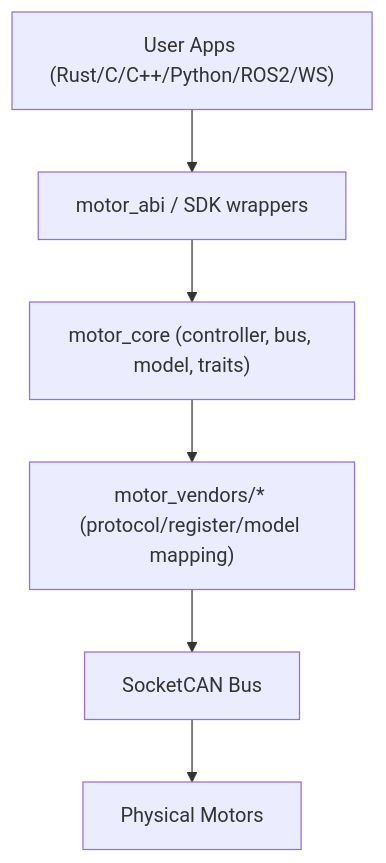
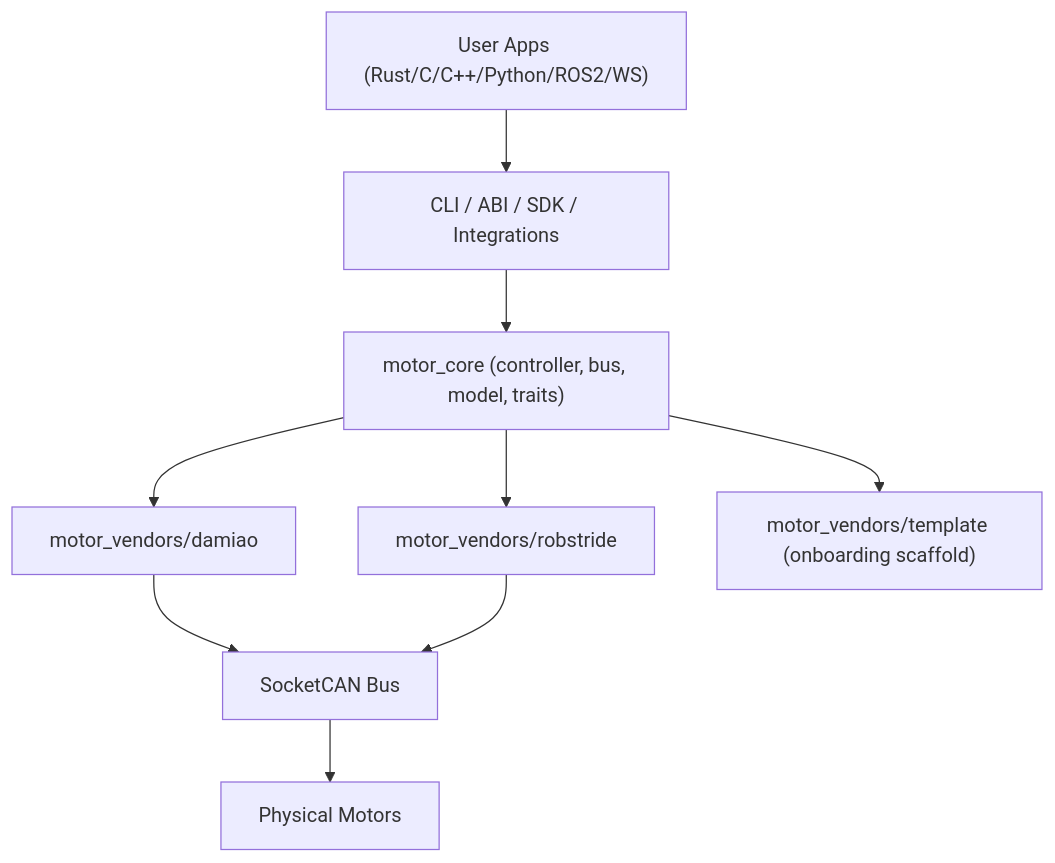
One commit to tianrking/motorbridge changed the first of 2 diagrams in docs/en/architecture.md. Above: the diagram before and after it, drawn with Mermaid. The commit also changed other lines of this file and 8 other files, not shown here.

Commit message:
docs: restore and sync architecture diagrams, scan guide, and CAN restart docs

````diff
--- a/docs/en/architecture.md
+++ b/docs/en/architecture.md
@@ -5,8 +5,11 @@
 ```mermaid
 flowchart TB
-  APP["User Apps (Rust/C/C++/Python/ROS2/WS)"] --> ABI["motor_abi / SDK wrappers"]
-  ABI --> CORE["motor_core (controller, bus, model, traits)"]
-  CORE --> VENDOR["motor_vendors/* (protocol/register/model mapping)"]
-  VENDOR --> CAN["SocketCAN Bus"]
+  APP["User Apps (Rust/C/C++/Python/ROS2/WS)"] --> SURFACE["CLI / ABI / SDK / Integrations"]
+  SURFACE --> CORE["motor_core (controller, bus, model, traits)"]
+  CORE --> DAMIAO["motor_vendors/damiao"]
+  CORE --> ROBSTRIDE["motor_vendors/robstride"]
+  CORE --> TEMPLATE["motor_vendors/template (onboarding scaffold)"]
+  DAMIAO --> CAN["SocketCAN Bus"]
+  ROBSTRIDE --> CAN
   CAN --> HW["Physical Motors"]
 ```
````
